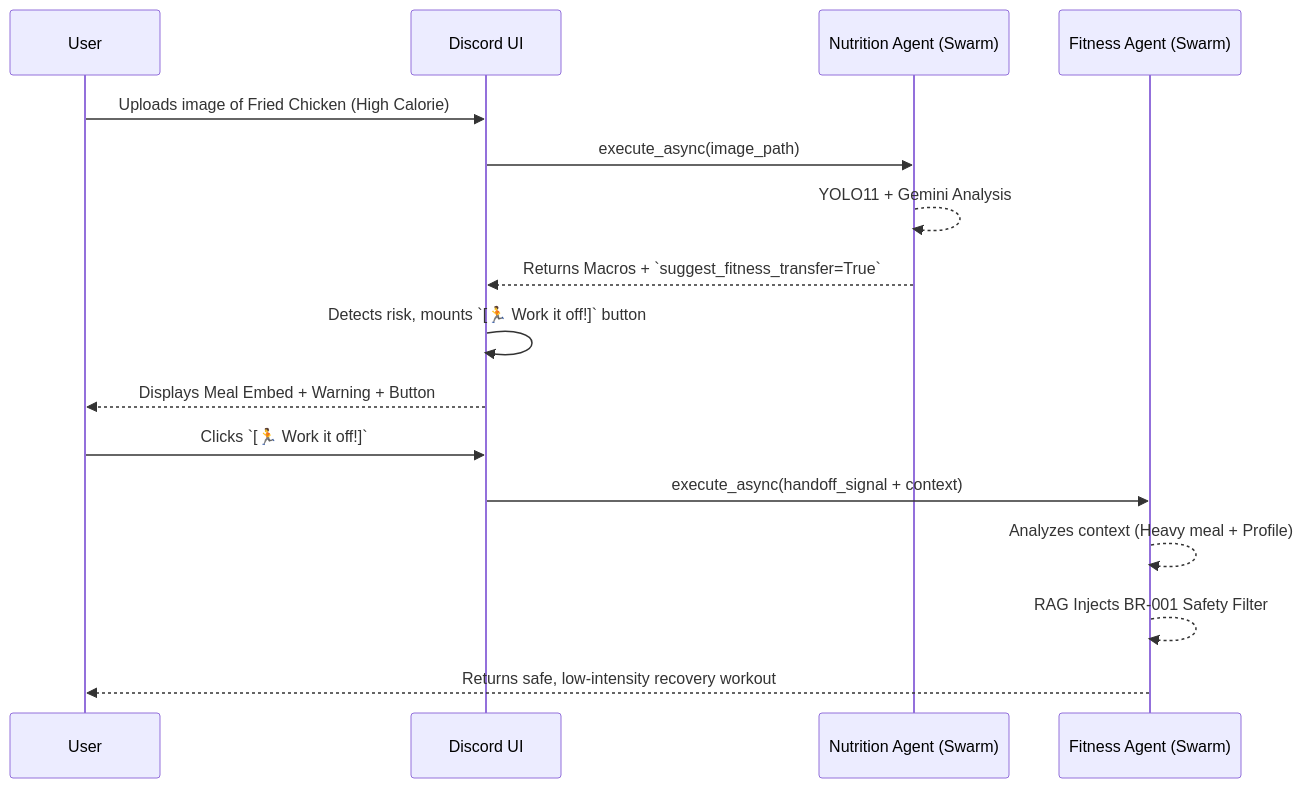
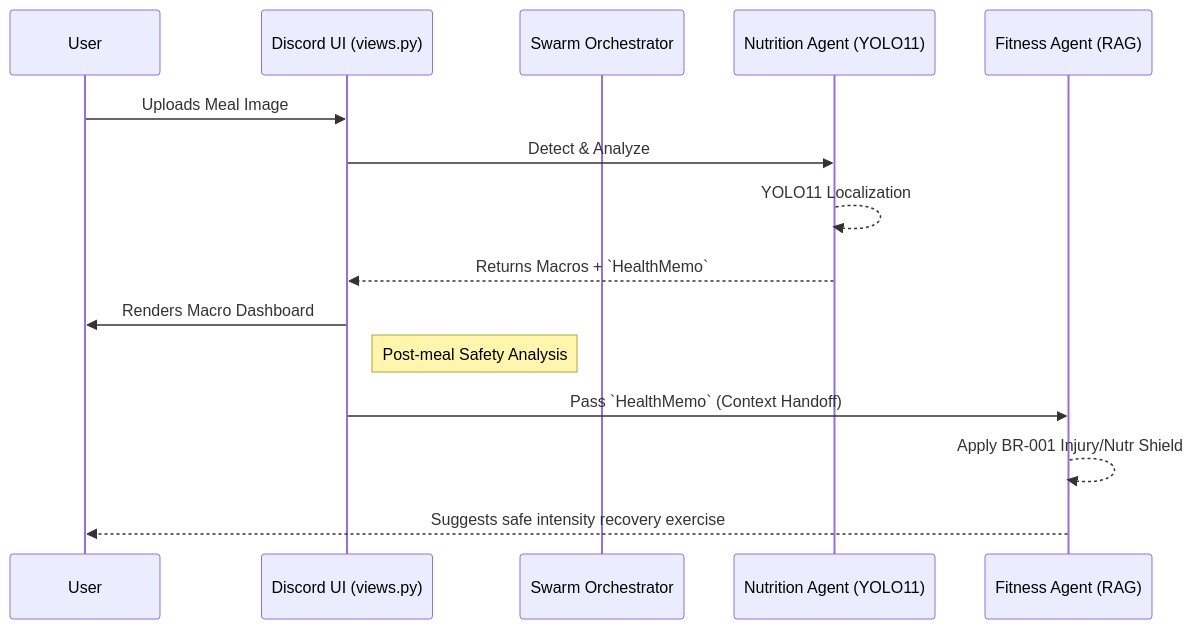
One commit to kevinhust/AIG200Capstone changed the diagram in README.md. Above: the diagram before and after it, drawn with Mermaid. The commit also changed other lines of this file and 1 other file, not shown here.

````diff
--- a/README.md
+++ b/README.md
@@ -33,19 +54,18 @@
 ```mermaid
 sequenceDiagram
     participant User
-    participant Bot as Discord UI
-    participant Nutrition as Nutrition Agent (Swarm)
-    participant Fitness as Fitness Agent (Swarm)
+    participant Discord as Discord UI (views.py)
+    participant Swarm as Swarm Orchestrator
+    participant Nutrition as Nutrition Agent (YOLO11)
+    participant Fitness as Fitness Agent (RAG)
     
-    User->>Bot: Uploads image of Fried Chicken (High Calorie)
-    Bot->>Nutrition: execute_async(image_path)
-    Nutrition-->>Nutrition: YOLO11 + Gemini Analysis
-    Nutrition-->>Bot: Returns Macros + `suggest_fitness_transfer=True`
-    Bot->>Bot: Detects risk, mounts `[🏃 Work it off!]` button
-    Bot-->>User: Displays Meal Embed + Warning + Button
-    User->>Bot: Clicks `[🏃 Work it off!]`
-    Bot->>Fitness: execute_async(handoff_signal + context)
-    Fitness-->>Fitness: Analyzes context (Heavy meal + Profile)
-    Fitness-->>Fitness: RAG Injects BR-001 Safety Filter
-    Fitness-->>User: Returns safe, low-intensity recovery workout
+    User->>Discord: Uploads Meal Image
+    Discord->>Nutrition: Detect & Analyze
+    Nutrition-->>Nutrition: YOLO11 Localization
+    Nutrition-->>Discord: Returns Macros + `HealthMemo`
+    Discord->>User: Renders Macro Dashboard
+    Note right of Discord: Post-meal Safety Analysis
+    Discord->>Fitness: Pass `HealthMemo` (Context Handoff)
+    Fitness-->>Fitness: Apply BR-001 Injury/Nutr Shield
+    Fitness-->>User: Suggests safe intensity recovery exercise
 ```
````
